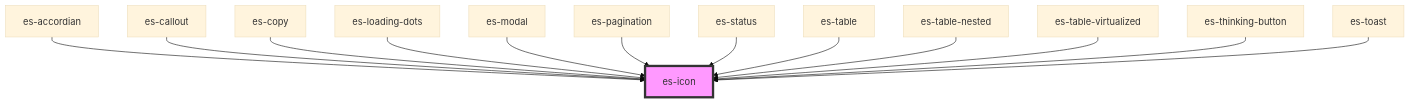
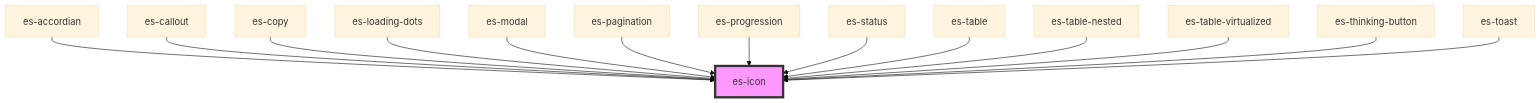
Before and after one commit to EventStore/Design-System: the diagram in packages/components/src/components/es-icon/readme.md, drawn with Mermaid (base theme). The commit also changed other lines of this file and 10 other files, not shown here.

````diff
--- a/packages/components/src/components/es-icon/readme.md
+++ b/packages/components/src/components/es-icon/readme.md
@@ -87,16 +88,17 @@
 ```mermaid
 graph TD;
   es-accordian --> es-icon
   es-callout --> es-icon
   es-copy --> es-icon
   es-loading-dots --> es-icon
   es-modal --> es-icon
   es-pagination --> es-icon
+  es-progression --> es-icon
   es-status --> es-icon
   es-table --> es-icon
   es-table-nested --> es-icon
   es-table-virtualized --> es-icon
   es-thinking-button --> es-icon
   es-toast --> es-icon
   style es-icon fill:#f9f,stroke:#333,stroke-width:4px
 ```
````
